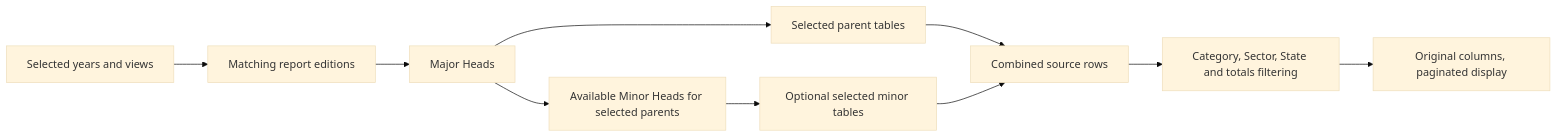
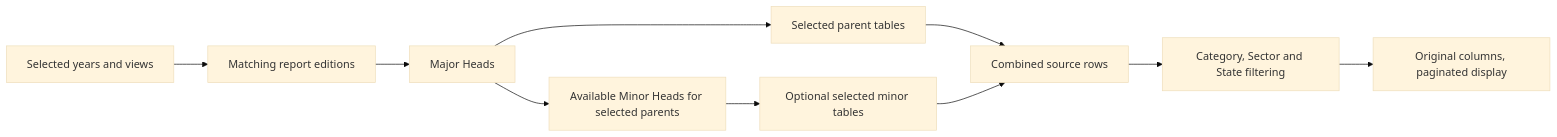
One commit to Ribhu-bhardwaj/Open-PFC changed the third of 3 diagrams in dashboard/decision.md. Above: the diagram before and after it, drawn with Mermaid (base theme). The commit also changed other lines of this file and 4 other files, not shown here.

````diff
--- a/dashboard/decision.md
+++ b/dashboard/decision.md
@@ -166,12 +166,12 @@
 ```mermaid
 flowchart LR
     A[Selected years and views] --> B[Matching report editions]
     B --> C[Major Heads]
     C --> D[Available Minor Heads for selected parents]
     C --> E[Selected parent tables]
     D --> F[Optional selected minor tables]
     E --> G[Combined source rows]
     F --> G
-    G --> H[Category, Sector, State and totals filtering]
+    G --> H[Category, Sector and State filtering]
     H --> I[Original columns, paginated display]
 ```
````
